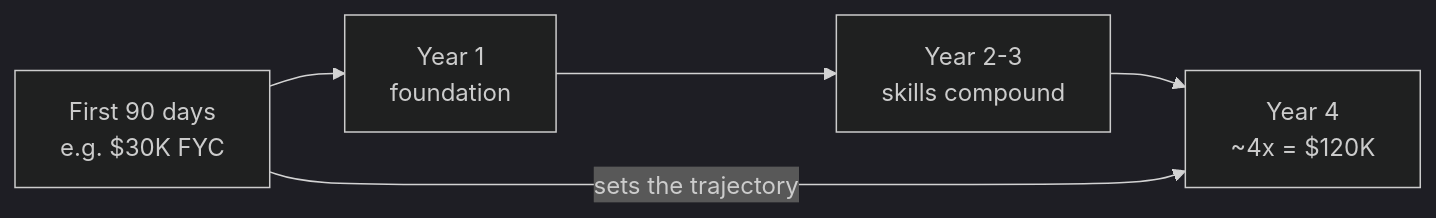
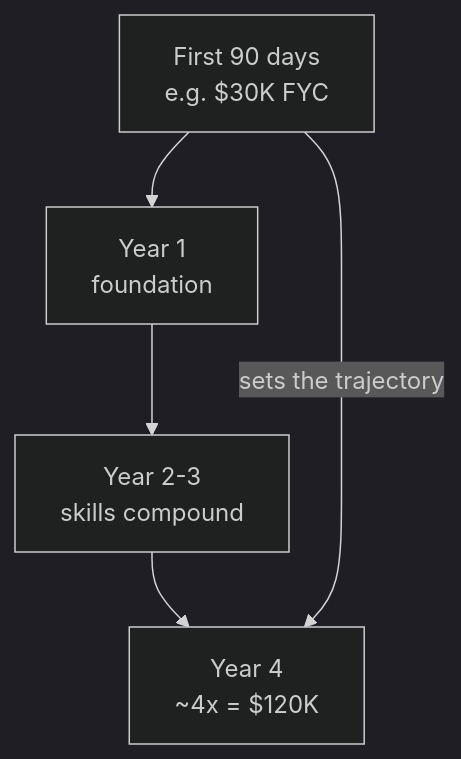
Before and after one commit to leotansingapore/aia-product-compass-hub: the second of 2 diagrams in docs/first-60-days/week-5/day-27.md, drawn with Mermaid (dark theme). The commit also changed other lines of this file and 56 other files, not shown here.

Commit message:
Readability pass across first-60-days: styled HTML to tables/diagrams, cleaner formatting, no leaked metadata

````diff
--- a/docs/first-60-days/week-5/day-27.md
+++ b/docs/first-60-days/week-5/day-27.md
@@ -94,7 +94,7 @@
 ```mermaid
-flowchart LR
+flowchart TD
     A["First 90 days<br/>e.g. $30K FYC"] --> B["Year 1<br/>foundation"]
     B --> C["Year 2-3<br/>skills compound"]
     C --> D["Year 4<br/>~4x = $120K"]
-    A -- "sets the trajectory" --> D
+    A -->|"sets the trajectory"| D
 ```
````
